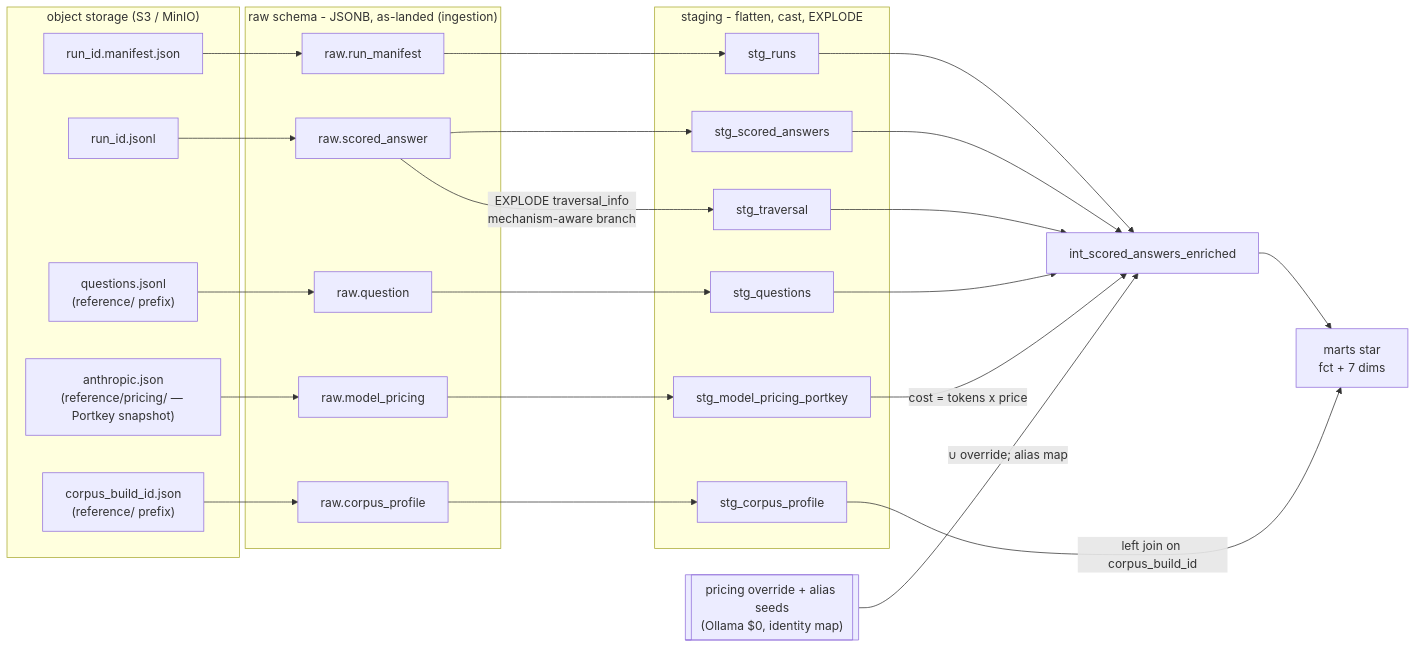
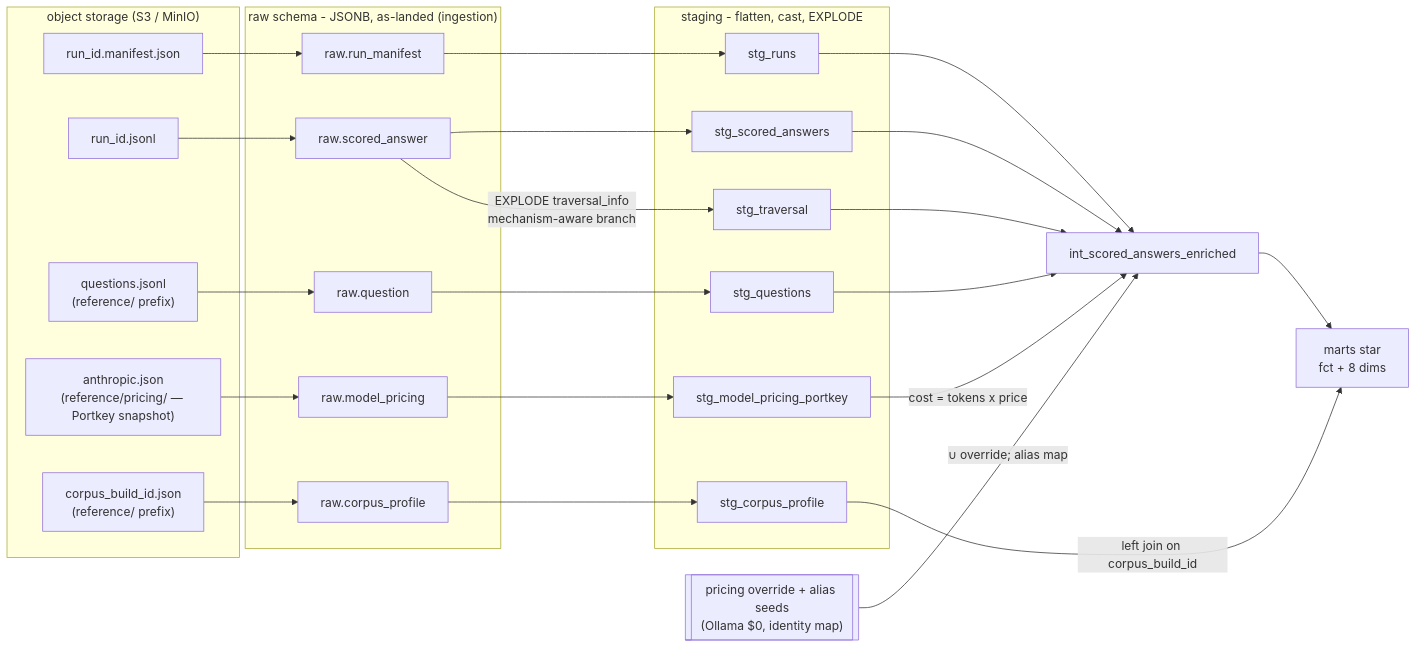
One commit to joseph-higaki/rag-bench-analytics changed the fourth of 4 diagrams in README.md. Above: the diagram before and after it, drawn with Mermaid. The commit also changed other lines of this file and 8 other files, not shown here.

````diff
--- a/README.md
+++ b/README.md
@@ -394,54 +398,54 @@
 ```mermaid
 flowchart LR
     subgraph S3["object storage (S3 / MinIO)"]
         f1["run_id.manifest.json"]
         f2["run_id.jsonl"]
         f3["questions.jsonl<br/>(reference/ prefix)"]
         f4["corpus_build_id.json<br/>(reference/ prefix)"]
         f5["anthropic.json<br/>(reference/pricing/ — Portkey snapshot)"]
     end
 
     subgraph RAW["raw schema - JSONB, as-landed (ingestion)"]
         r1[raw.run_manifest]
         r2[raw.scored_answer]
         r3[raw.question]
         r4[raw.corpus_profile]
         r5[raw.model_pricing]
     end
 
     subgraph STG["staging - flatten, cast, EXPLODE"]
         s1[stg_runs]
         s2[stg_scored_answers]
         s3[stg_traversal]
         s4[stg_questions]
         s5[stg_corpus_profile]
         s6[stg_model_pricing_portkey]
     end
 
     OVR[["pricing override + alias seeds<br/>(Ollama $0, identity map)"]]
     INT[int_scored_answers_enriched]
-    M["marts star<br/>fct + 7 dims"]
+    M["marts star<br/>fct + 8 dims"]
 
     f1 --> r1
     f2 --> r2
     f3 --> r3
     f4 --> r4
     f5 --> r5
 
     r1 --> s1
     r2 --> s2
     r2 -->|"EXPLODE traversal_info<br/>mechanism-aware branch"| s3
     r3 --> s4
     r4 --> s5
     r5 --> s6
 
     s1 --> INT
     s2 --> INT
     s3 --> INT
     s4 --> INT
     s6 -->|"cost = tokens x price"| INT
     OVR -->|"∪ override; alias map"| INT
 
     INT --> M
     s5 -->|"left join on corpus_build_id"| M
 ```
````
